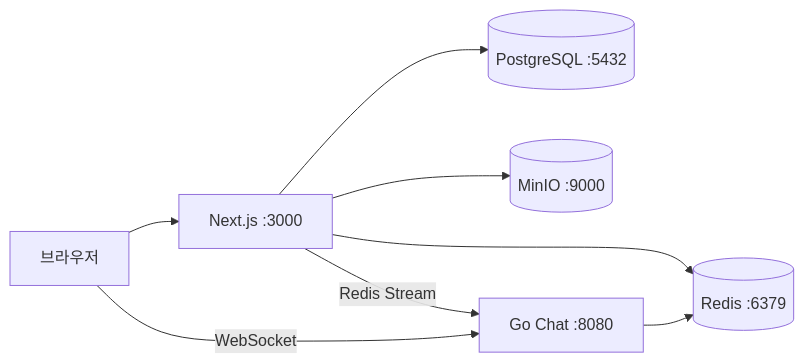
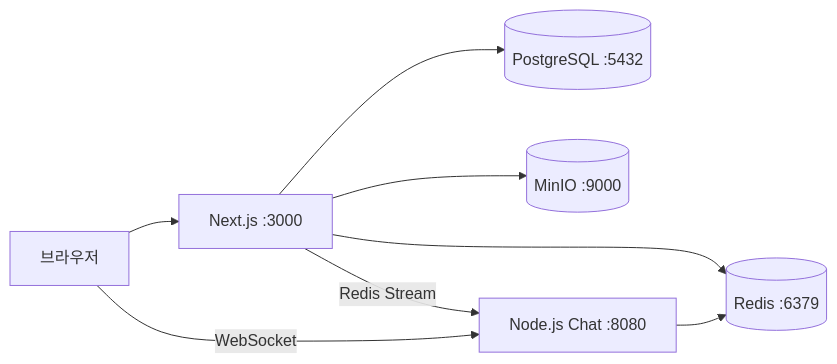
One commit to JunPyo0117/B-Delivery changed the first of 3 diagrams in docs/architecture.md. Above: the diagram before and after it, drawn with Mermaid. The commit also changed other lines of this file, not shown here.

Commit message:
WIP(docs): 아키텍처 문서 Go → Node.js 채팅 서버로 변경 반영

````diff
--- a/docs/architecture.md
+++ b/docs/architecture.md
@@ -5,10 +5,10 @@
 ```mermaid
 graph LR
   Client[브라우저] --> WebApp[Next.js :3000]
   WebApp --> Postgres[(PostgreSQL :5432)]
   WebApp --> Redis[(Redis :6379)]
   WebApp --> MinIO[(MinIO :9000)]
-  WebApp -->|Redis Stream| ChatServer[Go Chat :8080]
+  WebApp -->|Redis Stream| ChatServer[Node.js Chat :8080]
   ChatServer --> Redis
   Client -->|WebSocket| ChatServer
 ```
````
